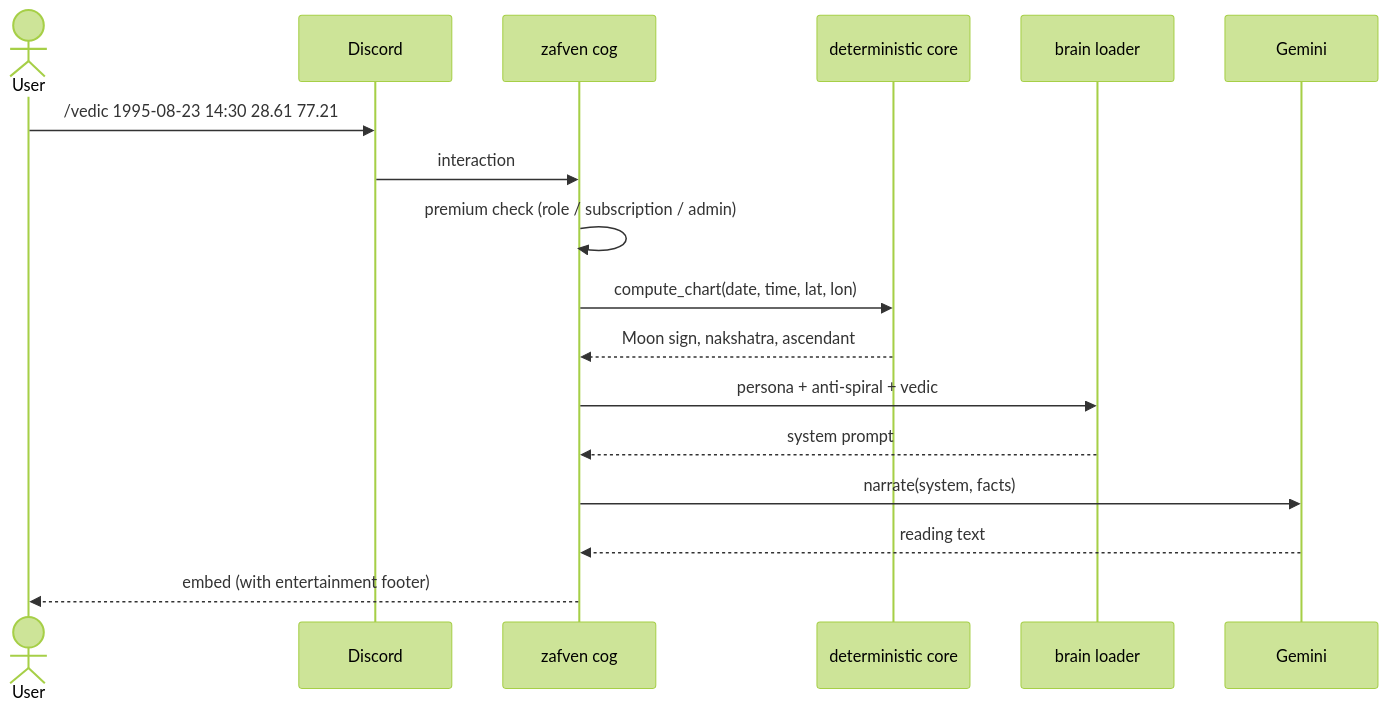
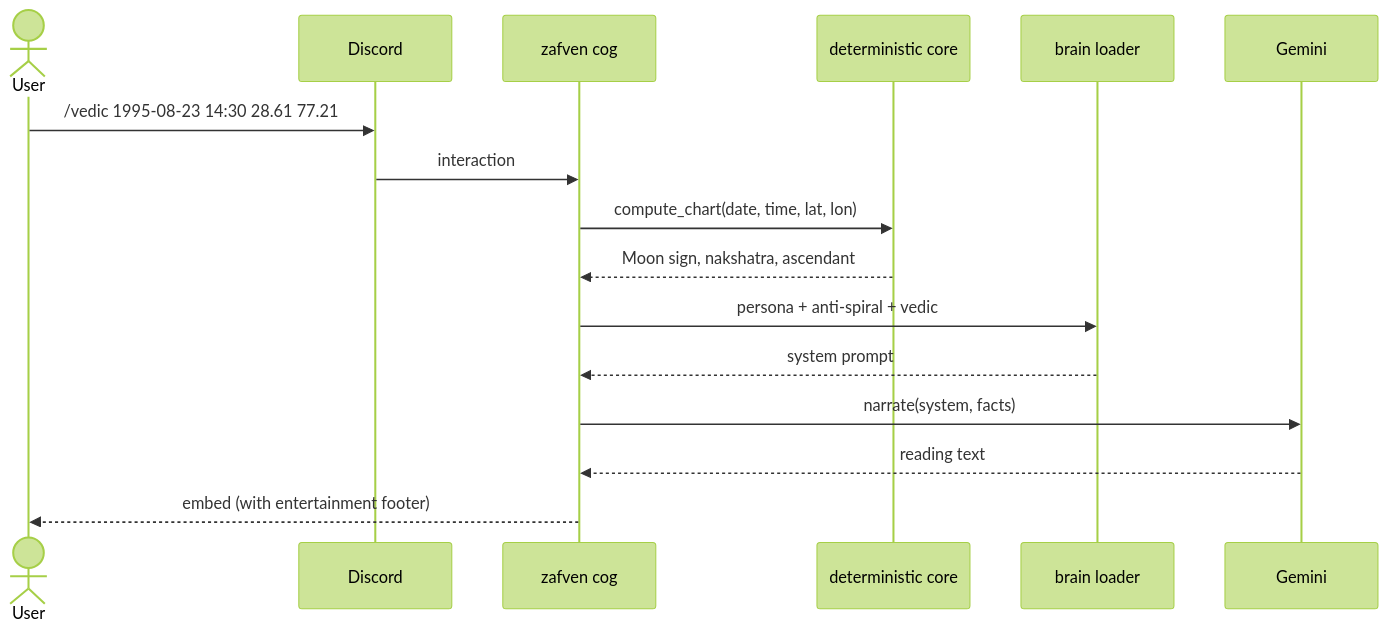
One commit to shep95/zafven changed the second of 3 diagrams in README.md. Above: the diagram before and after it, drawn with Mermaid (forest theme). The commit also changed other lines of this file and 14 other files, not shown here.

````diff
--- a/README.md
+++ b/README.md
@@ -46,19 +43,18 @@
 ```mermaid
 sequenceDiagram
     actor User
     participant Discord
     participant Cog as zafven cog
     participant Core as deterministic core
     participant Brain as brain loader
     participant Gemini
     User->>Discord: /vedic 1995-08-23 14:30 28.61 77.21
     Discord->>Cog: interaction
-    Cog->>Cog: premium check (role / subscription / admin)
     Cog->>Core: compute_chart(date, time, lat, lon)
     Core-->>Cog: Moon sign, nakshatra, ascendant
     Cog->>Brain: persona + anti-spiral + vedic
     Brain-->>Cog: system prompt
     Cog->>Gemini: narrate(system, facts)
     Gemini-->>Cog: reading text
     Cog-->>User: embed (with entertainment footer)
 ```
````
